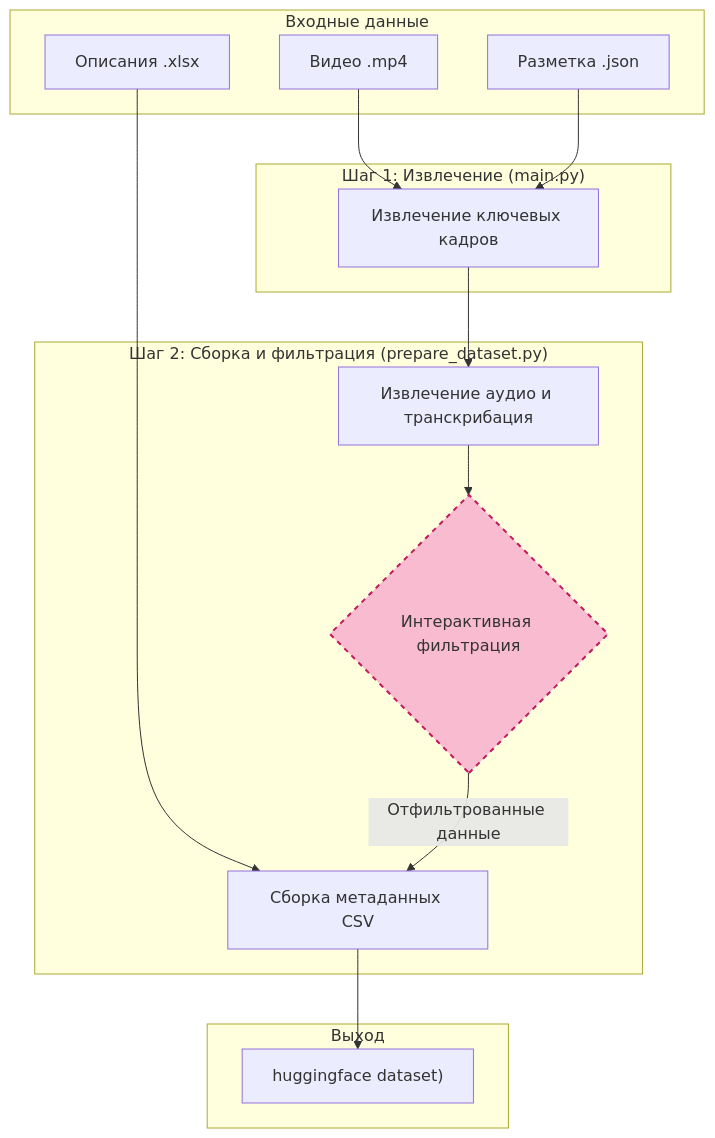
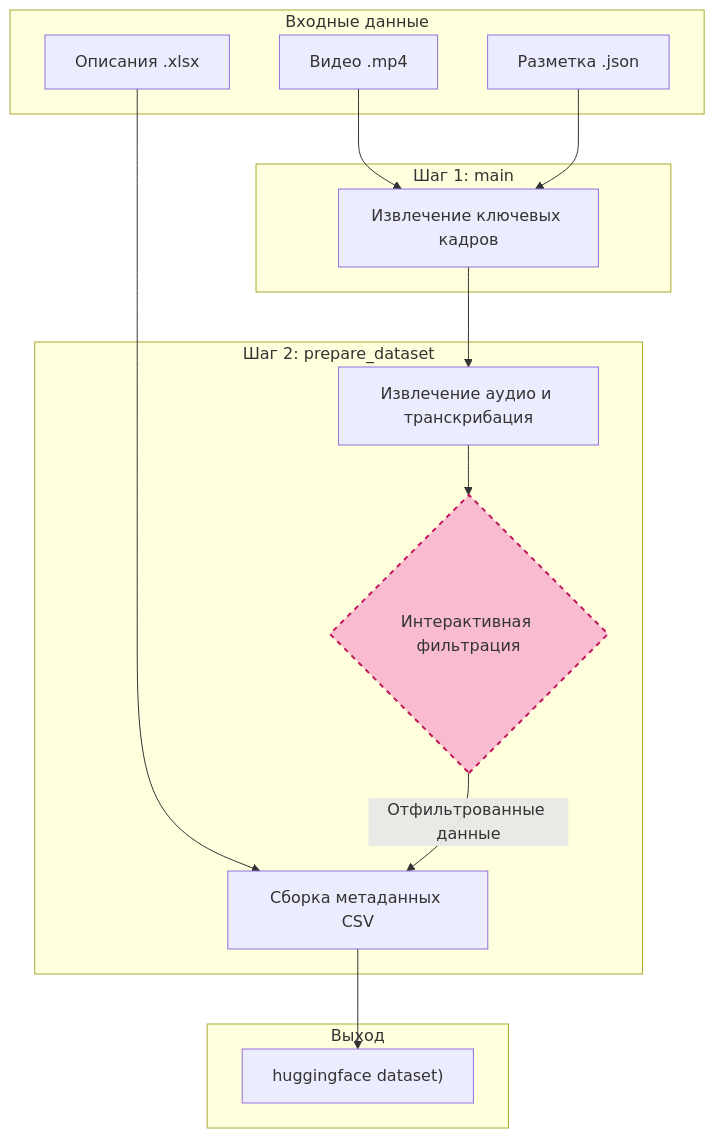
One commit to BosenkoTM/ppi_mgpu changed the second of 3 diagrams in readme.md. Above: the diagram before and after it, drawn with Mermaid. The commit also changed other lines of this file, not shown here.

````diff
--- a/readme.md
+++ b/readme.md
@@ -78,31 +78,31 @@
 ```mermaid
 graph TD
     subgraph "Входные данные"
         A["Видео .mp4"]
         B["Разметка .json"]
         C["Описания .xlsx"]
     end
 
-    subgraph "Шаг 1: Извлечение (main.py)"
+    subgraph "Шаг 1: main"
         D["Извлечение ключевых кадров"]
     end
 
-    subgraph "Шаг 2: Сборка и фильтрация (prepare_dataset.py)"
+    subgraph "Шаг 2: prepare_dataset"
         F["Извлечение аудио и транскрибация"]
         G{"Интерактивная фильтрация"}
         H["Сборка метаданных CSV"]
     end
     
     subgraph "Выход"
         I["huggingface dataset)"]
     end
 
     A & B --> D
     D --> F
     C --> H
     F --> G
     G -- "Отфильтрованные данные" --> H
     H --> I
 
     style G fill:#f8bbd0,stroke:#c2185b,stroke-width:2px,stroke-dasharray: 5 5
 ```
````
